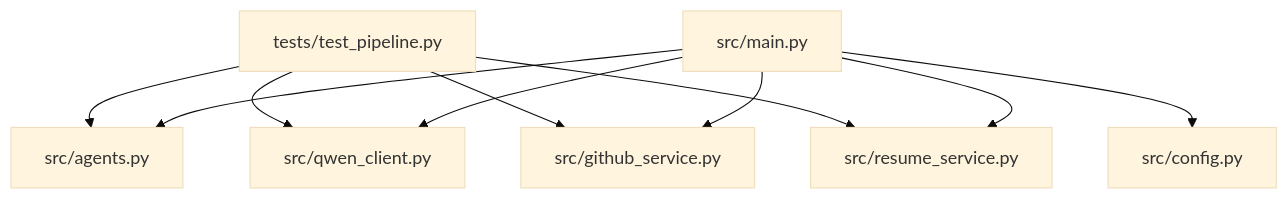
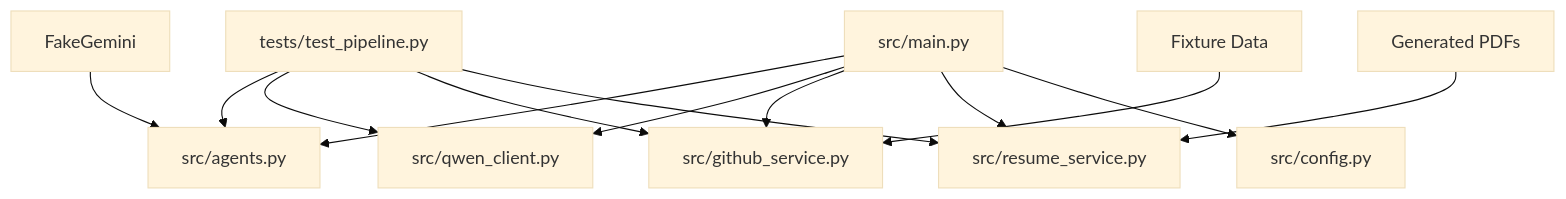
One commit to waqarimran342/CareerOS-AI changed the first of 4 diagrams in .qoder/repowiki/en/content/Testing Strategy.md. Above: the diagram before and after it, drawn with Mermaid (base theme). The commit also changed other lines of this file and 32 other files, not shown here.

````diff
--- a/.qoder/repowiki/en/content/Testing Strategy.md
+++ b/.qoder/repowiki/en/content/Testing Strategy.md
@@ -34,12 +42,15 @@
 ```mermaid
 graph TB
 A["tests/test_pipeline.py"] --> B["src/agents.py"]
 A --> C["src/qwen_client.py"]
 A --> D["src/github_service.py"]
 A --> E["src/resume_service.py"]
 F["src/main.py"] --> B
 F --> C
 F --> D
 F --> E
 F --> G["src/config.py"]
+H["FakeGemini"] --> B
+I["Fixture Data"] --> D
+J["Generated PDFs"] --> E
 ```
````
